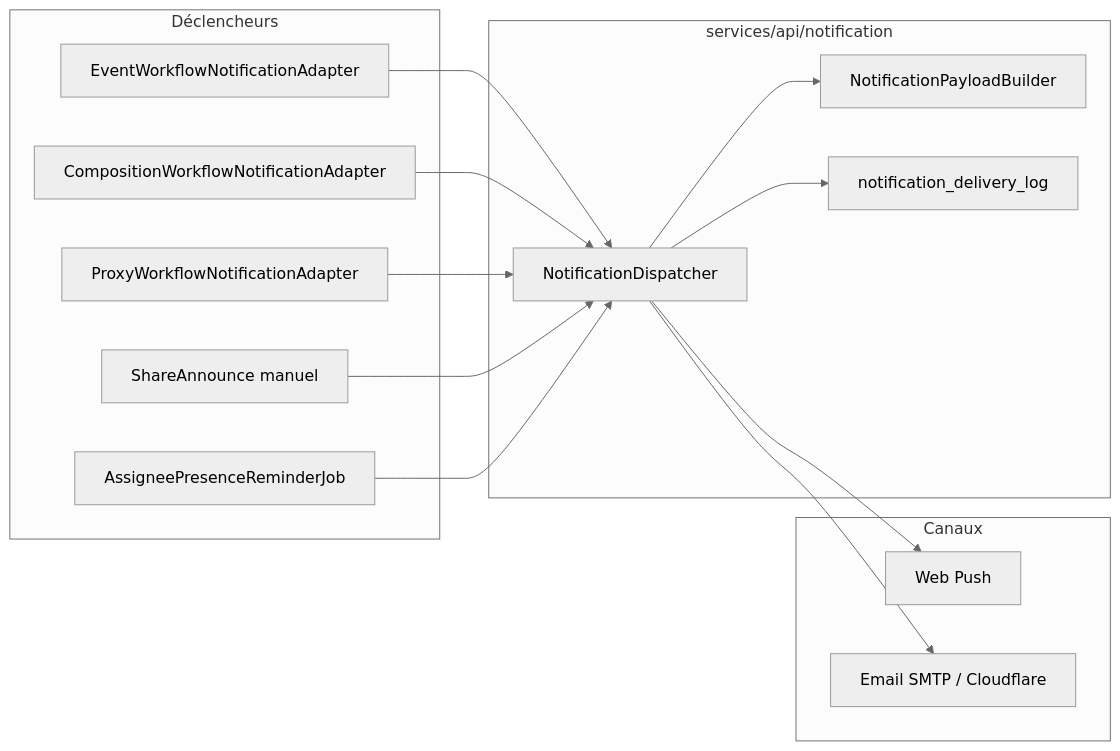
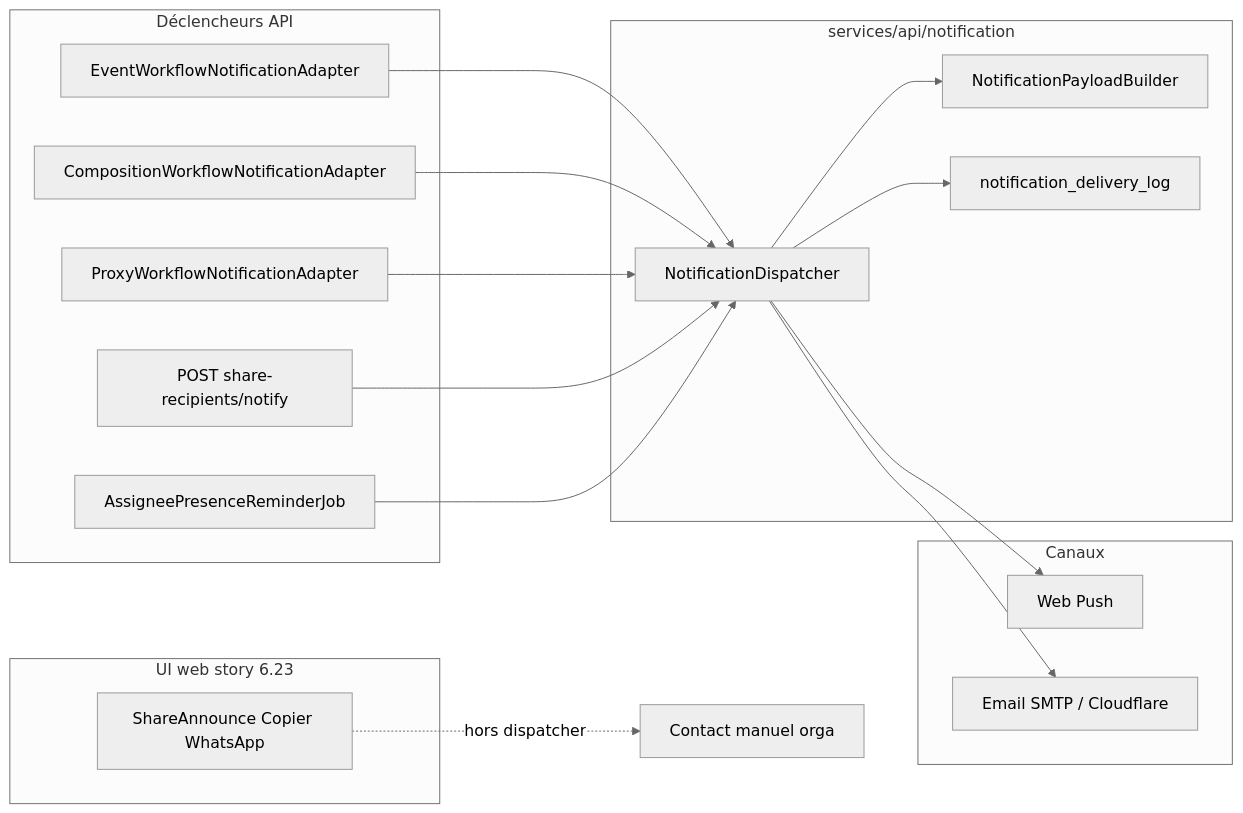
Before and after one commit to plamarque/hatcast: the diagram in docs/v2/technical/NOTIFICATIONS_CATALOG.md, drawn with Mermaid (neutral theme). The commit also changed other lines of this file and 48 other files, not shown here.

````diff
--- a/docs/v2/technical/NOTIFICATIONS_CATALOG.md
+++ b/docs/v2/technical/NOTIFICATIONS_CATALOG.md
@@ -58,28 +58,32 @@
 ```mermaid
 flowchart LR
-  subgraph triggers [Déclencheurs]
+  subgraph triggers [Déclencheurs API]
     EWA[EventWorkflowNotificationAdapter]
     CWA[CompositionWorkflowNotificationAdapter]
     PWA[ProxyWorkflowNotificationAdapter]
-    M[ShareAnnounce manuel]
+    MAPI[POST share-recipients/notify]
     J[AssigneePresenceReminderJob]
+  end
+  subgraph ui [UI web story 6.23]
+    MUI[ShareAnnounce Copier WhatsApp]
   end
   subgraph api [services/api/notification]
     D[NotificationDispatcher]
     P[NotificationPayloadBuilder]
     L[notification_delivery_log]
   end
   subgraph channels [Canaux]
     WP[Web Push]
     EM[Email SMTP / Cloudflare]
   end
   EWA --> D
   CWA --> D
   PWA --> D
-  M --> D
+  MAPI --> D
   J --> D
   D --> P
   D --> WP
   D --> EM
   D --> L
+  MUI -.->|hors dispatcher| MC[Contact manuel orga]
 ```
````
